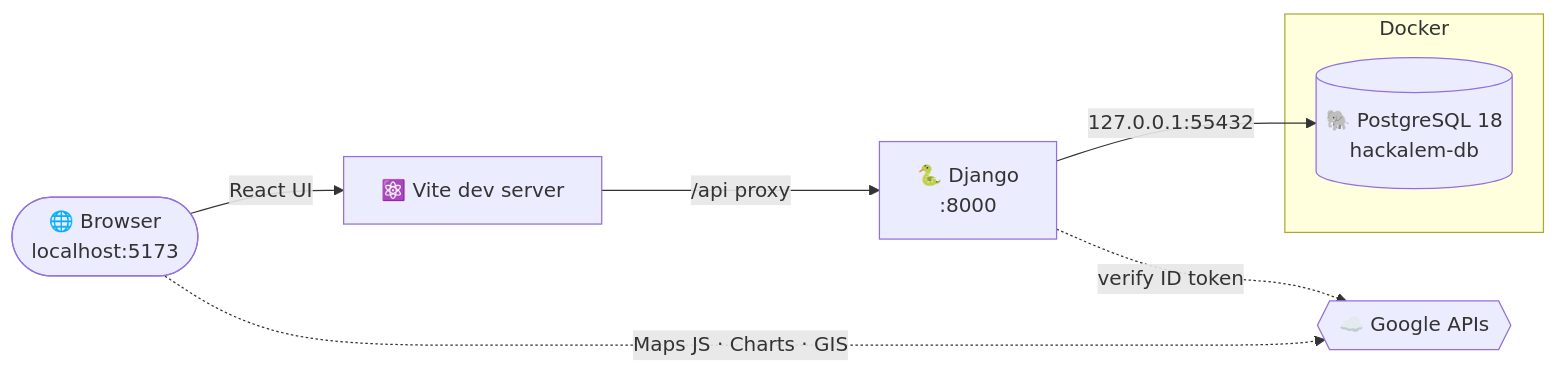
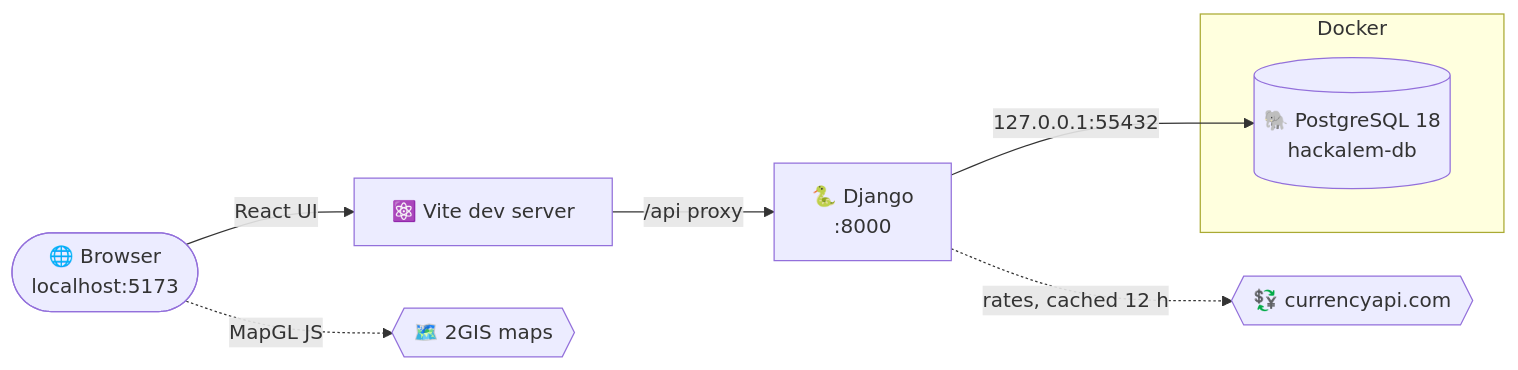
The diagram in README.md (BAITC-Hacks/hack-b53220ee-qbers), drawn with Mermaid before and after one commit. The commit also changed other lines of this file and 27 other files, not shown here.

Commit message:
added 2gis map and budgetting split tokens, currency api to convert from tenge.

````diff
--- a/README.md
+++ b/README.md
@@ -188,11 +205,11 @@
 ```mermaid
 flowchart LR
     B([🌐 Browser<br/>localhost:5173]) -->|React UI| V[⚛️ Vite dev server]
     V -->|/api proxy| D[🐍 Django<br/>:8000]
     D -->|127.0.0.1:55432| P
     subgraph Docker
       P[(🐘 PostgreSQL 18<br/>hackalem-db)]
     end
-    B -.->|Maps JS · Charts · GIS| G{{☁️ Google APIs}}
-    D -.->|verify ID token| G
+    B -.->|MapGL JS| M{{🗺️ 2GIS maps}}
+    D -.->|rates, cached 12 h| C{{💱 currencyapi.com}}
 ```
````
